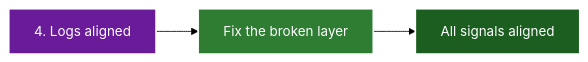
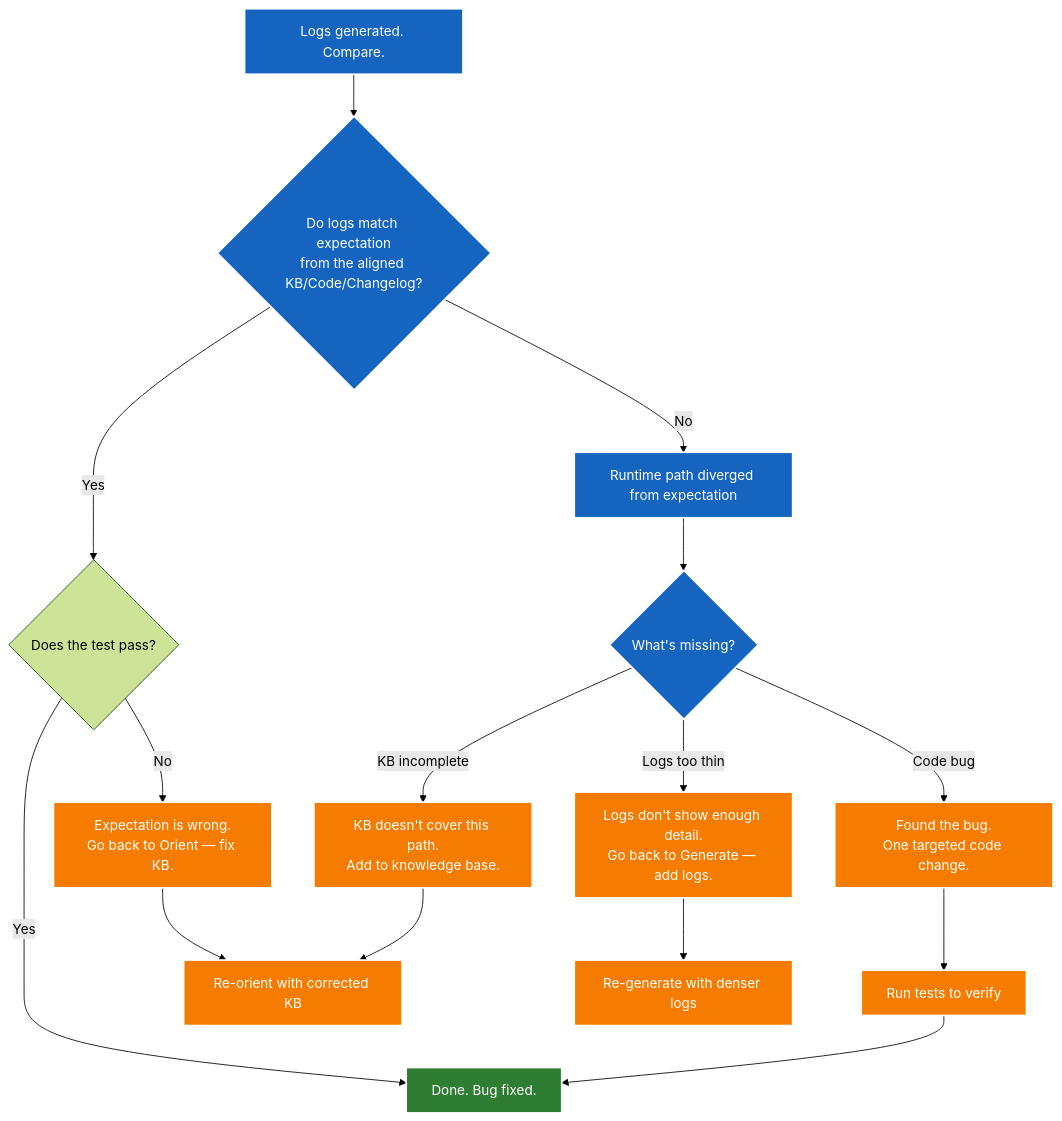
Before and after one commit to jacoby149/web10: the fourth of 4 diagrams in knowledge/knowledge-theories/ai-use-theory.md, drawn with Mermaid (forest theme). The commit also changed other lines of this file and 2 other files, not shown here.

````diff
--- a/knowledge/knowledge-theories/ai-use-theory.md
+++ b/knowledge/knowledge-theories/ai-use-theory.md
@@ -104,13 +139,39 @@
 ```mermaid
-flowchart LR
-    S4["4. Logs aligned"] --> F["Fix the broken layer"]
-    F --> V["All signals aligned"]
+flowchart TD
+    COMP_START["Logs generated. Compare."] --> COMPARE{"Do logs match expectation\nfrom the aligned KB/Code/Changelog?"}
 
-    classDef compare fill:#6a1b9a,color:#fff,stroke:#fff,stroke-width:2px
-    classDef fix fill:#2e7d32,color:#fff,stroke:#fff,stroke-width:2px
-    classDef done fill:#1b5e20,color:#fff,stroke:#fff,stroke-width:2px
+    COMPARE -- Yes --> TEST_CHECK{"Does the test pass?"}
+    TEST_CHECK -- Yes --> DONE["Done. Bug fixed."]
+    TEST_CHECK -- No --> WRONG_EXP["Expectation is wrong.\nGo back to Orient — fix KB."]
+    WRONG_EXP --> ORIENT_AGAIN["Re-orient with corrected KB"]
 
-    class S4 compare
-    class F fix
-    class V done
+    COMPARE -- No --> DIVERGE["Runtime path diverged from expectation"]
+    DIVERGE --> DIAGNOSE{"What's missing?"}
+
+    DIAGNOSE -- KB incomplete --> MORE_KB["KB doesn't cover this path.\nAdd to knowledge base."]
+    MORE_KB --> ORIENT_AGAIN
+
+    DIAGNOSE -- Logs too thin --> MORE_LOGS["Logs don't show enough detail.\nGo back to Generate — add logs."]
+    MORE_LOGS --> GEN_AGAIN["Re-generate with denser logs"]
+
+    DIAGNOSE -- Code bug --> FIX_BUG["Found the bug.\nOne targeted code change."]
+    FIX_BUG --> VERIFY["Run tests to verify"]
+    VERIFY --> DONE
+
+    classDef orient fill:#1565c0,color:#fff,stroke:#fff,stroke-width:2px
+    classDef action fill:#f57c00,color:#fff,stroke:#fff,stroke-width:2px
+    classDef ok fill:#2e7d32,color:#fff,stroke:#fff,stroke-width:2px
+
+    class COMP_START orient
+    class COMPARE orient
+    class DIVERGE orient
+    class DIAGNOSE orient
+    class MORE_KB action
+    class MORE_LOGS action
+    class FIX_BUG action
+    class WRONG_EXP action
+    class ORIENT_AGAIN action
+    class GEN_AGAIN action
+    class VERIFY action
+    class DONE ok
 ```
````
